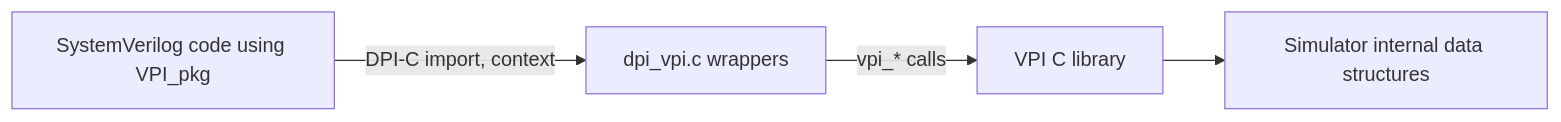
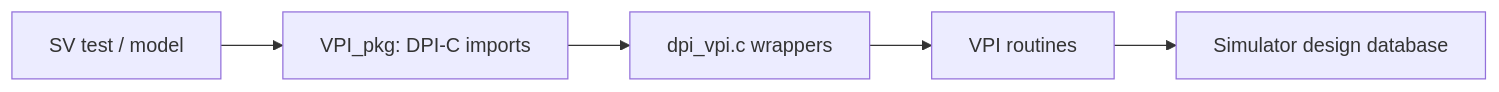
The diagram in docs/papers/ref-20261018-9f02-introspection-into-systemverilog-without-turning-it-inside-o.md (nemo99007/yt-paper), drawn with Mermaid before and after one commit. The commit also changed other lines of this file and 172 other files, not shown here.

````diff
--- a/docs/papers/ref-20261018-9f02-introspection-into-systemverilog-without-turning-it-inside-o.md
+++ b/docs/papers/ref-20261018-9f02-introspection-into-systemverilog-without-turning-it-inside-o.md
@@ -238,6 +220,7 @@
 ```mermaid
 flowchart LR
-  TB[SystemVerilog code using VPI_pkg] -->|DPI-C import, context| W[dpi_vpi.c wrappers]
-  W -->|vpi_* calls| VPI[VPI C library]
-  VPI --> SIM[Simulator internal data structures]
+  A[SV test / model] --> B[VPI_pkg: DPI-C imports]
+  B --> C[dpi_vpi.c wrappers]
+  C --> D[VPI routines]
+  D --> E[Simulator design database]
 ```
````
